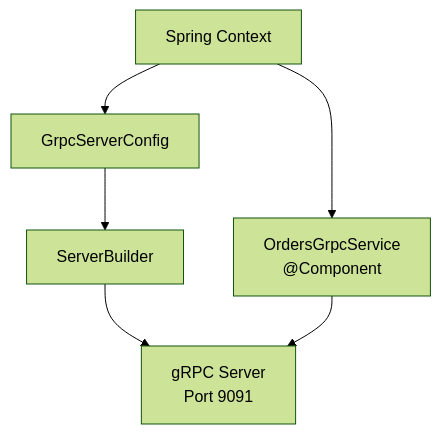
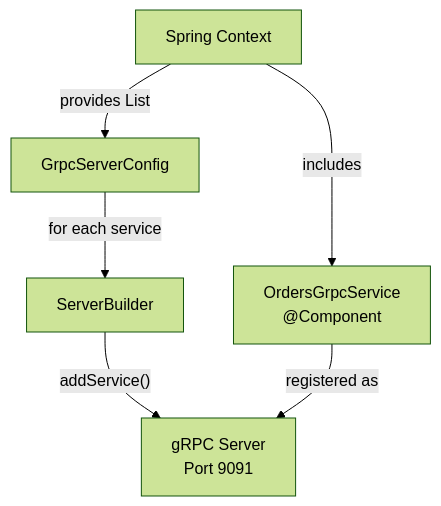
One commit to philipz/spring-modular-monolith changed the second of 11 diagrams in docs/deepwiki/gRPC-Infrastructure.md. Above: the diagram before and after it, drawn with Mermaid (forest theme). The commit also changed other lines of this file and 55 other files, not shown here.

````diff
--- a/docs/deepwiki/gRPC-Infrastructure.md
+++ b/docs/deepwiki/gRPC-Infrastructure.md
@@ -117,15 +117,15 @@
 ```mermaid
 flowchart TD
 
 SpringContext["Spring Context"]
 GrpcServerConfig["GrpcServerConfig"]
 ServerBuilder["ServerBuilder"]
 GrpcServer["gRPC Server<br>Port 9091"]
 OrdersGrpcService["OrdersGrpcService<br>@Component"]
 
-SpringContext --> GrpcServerConfig
-GrpcServerConfig --> ServerBuilder
-ServerBuilder --> GrpcServer
-SpringContext --> OrdersGrpcService
-OrdersGrpcService --> GrpcServer
+SpringContext -->|"provides List<BindableService>"| GrpcServerConfig
+GrpcServerConfig -->|"for each service"| ServerBuilder
+ServerBuilder -->|"addService()"| GrpcServer
+SpringContext -->|"includes"| OrdersGrpcService
+OrdersGrpcService -->|"registered as"| GrpcServer
 ```
````
